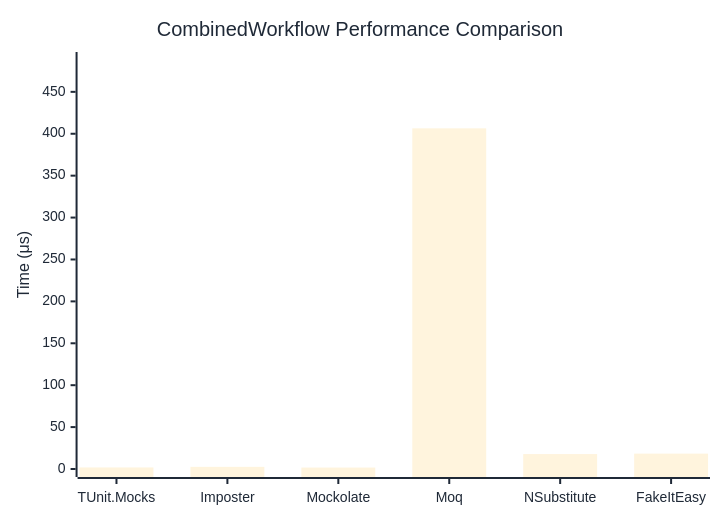
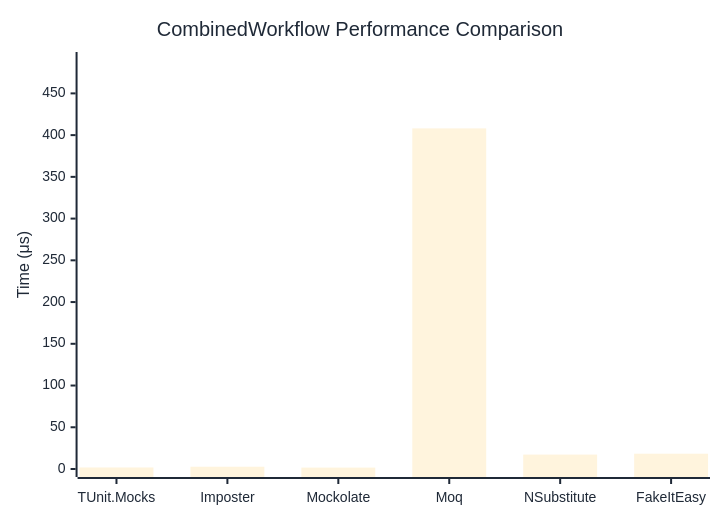
Before and after one commit to thomhurst/TUnit: the diagram in docs/docs/benchmarks/mocks/CombinedWorkflow.md, drawn with Mermaid. The commit also changed other lines of this file and 14 other files, not shown here.

````diff
--- a/docs/docs/benchmarks/mocks/CombinedWorkflow.md
+++ b/docs/docs/benchmarks/mocks/CombinedWorkflow.md
@@ -30,27 +30,27 @@
 ```mermaid
 %%{init: {
   'theme':'base',
   'themeVariables': {
     'primaryColor': '#2563eb',
     'primaryTextColor': '#1f2937',
     'primaryBorderColor': '#1e40af',
     'lineColor': '#6b7280',
     'secondaryColor': '#7c3aed',
     'tertiaryColor': '#dc2626',
     'background': '#ffffff',
     'pie1': '#2563eb',
     'pie2': '#7c3aed',
     'pie3': '#dc2626',
     'pie4': '#f59e0b',
     'pie5': '#10b981',
     'pie6': '#06b6d4',
     'pie7': '#ec4899',
     'pie8': '#6366f1'
   }
 }}%%
 xychart-beta
   title "CombinedWorkflow Performance Comparison"
   x-axis ["TUnit.Mocks", "Imposter", "Mockolate", "Moq", "NSubstitute", "FakeItEasy"]
-  y-axis "Time (μs)" 0 --> 488
-  bar [1.838, 2.579, 1.723, 406.46, 17.813, 18.355]
+  y-axis "Time (μs)" 0 --> 490
+  bar [1.841, 2.713, 1.676, 408.071, 17.27, 18.329]
 ```
````
